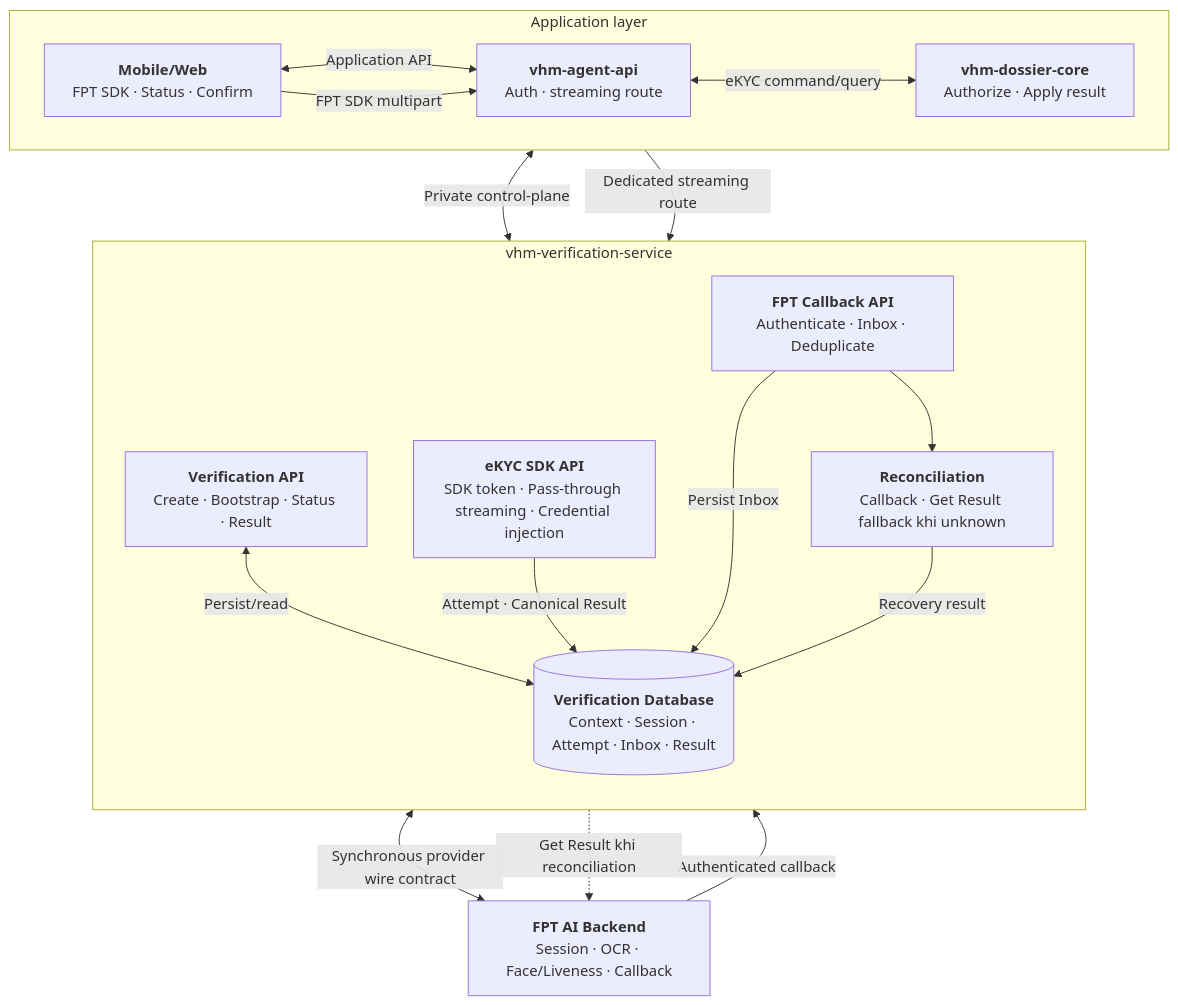
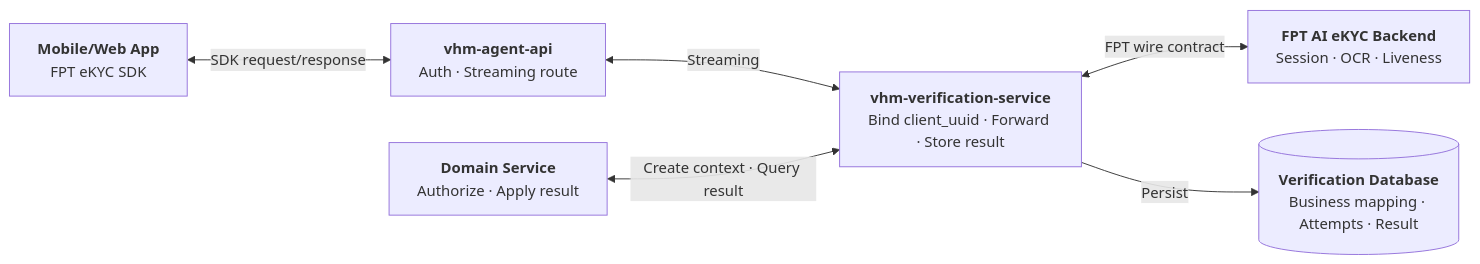
Before and after one commit to huynv-xyz/vhm: the fifth of 8 diagrams in noxh-ekyc.md, drawn with Mermaid. The commit also changed other lines of this file, not shown here.

````diff
--- a/noxh-ekyc.md
+++ b/noxh-ekyc.md
@@ -339,45 +324,21 @@
 ```mermaid
-flowchart TB
-    subgraph APP["Application layer"]
-        direction LR
-        CLIENT["`**Mobile/Web**
-FPT SDK · Status · Confirm`"]
-        BFF["`**vhm-agent-api**
-Auth · streaming route`"]
-        DOMAIN["`**vhm-dossier-core**
+flowchart LR
+    APP["`**Mobile/Web App**
+FPT eKYC SDK`"]
+    BFF["`**vhm-agent-api**
+Auth · Streaming route`"]
+    SERVICE["`**vhm-verification-service**
+Bind client_uuid · Forward · Store result`"]
+    DB[("`**Verification Database**
+Business mapping · Attempts · Result`")]
+    FPT["`**FPT AI eKYC Backend**
+Session · OCR · Liveness`"]
+    DOMAIN["`**Domain Service**
 Authorize · Apply result`"]
 
-        CLIENT <-->|"Application API"| BFF
-        BFF <-->|"eKYC command/query"| DOMAIN
-    end
-
-    subgraph VERIFY["vhm-verification-service"]
-        direction TB
-        API["`**Verification API**
-Create · Bootstrap · Status · Result`"]
-        SDK_API["`**eKYC SDK API**
-SDK token · Pass-through streaming · Credential injection`"]
-        CALLBACK["`**FPT Callback API**
-Authenticate · Inbox · Deduplicate`"]
-        PROCESSOR["`**Reconciliation**
-Callback · Get Result fallback khi unknown`"]
-        DB[("`**Verification Database**
-Context · Session · Attempt · Inbox · Result`")]
-
-        API <-->|"Persist/read"| DB
-        SDK_API -->|"Attempt · Canonical Result"| DB
-        CALLBACK -->|"Persist Inbox"| DB
-        CALLBACK --> PROCESSOR
-        PROCESSOR -->|"Recovery result"| DB
-    end
-
-    FPT["`**FPT AI Backend**
-Session · OCR · Face/Liveness · Callback`"]
-
-    DOMAIN <-->|"Private control-plane"| API
-    CLIENT -->|"FPT SDK multipart"| BFF
-    BFF -->|"Dedicated streaming route"| SDK_API
-    SDK_API <-->|"Synchronous provider wire contract"| FPT
-    FPT -->|"Authenticated callback"| CALLBACK
-    PROCESSOR -.->|"Get Result khi reconciliation"| FPT
+    APP <-->|"SDK request/response"| BFF
+    BFF <-->|"Streaming"| SERVICE
+    SERVICE <-->|"FPT wire contract"| FPT
+    SERVICE -->|"Persist"| DB
+    DOMAIN <-->|"Create context · Query result"| SERVICE
 ```
````
